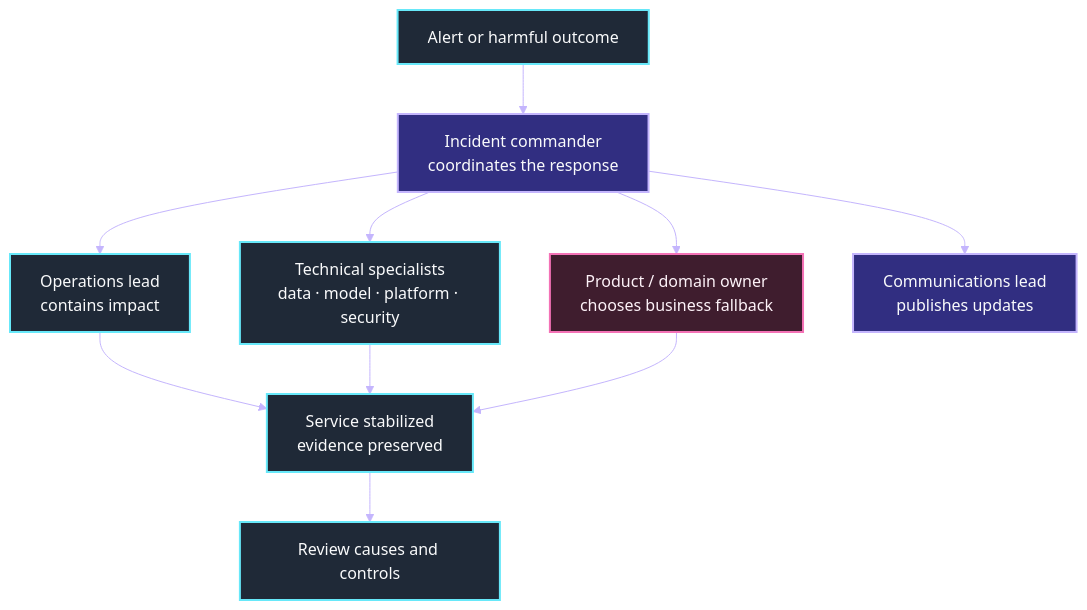
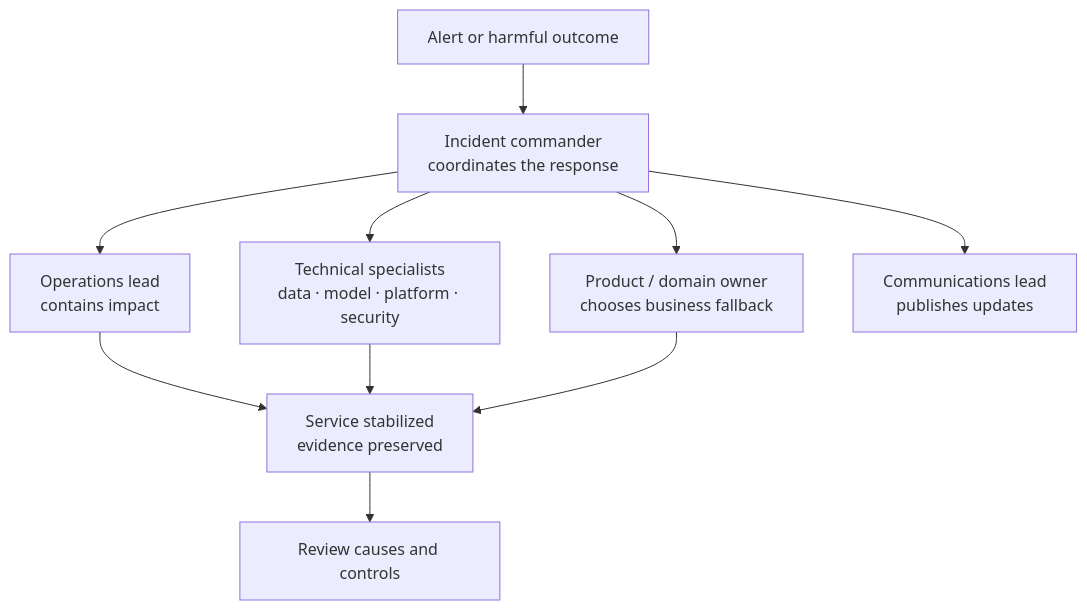
One commit to senlinyy/dev-roadmaps changed the second of 2 diagrams in roadmaps/mlops/modules/mlops-foundations/teams-and-workflow/01-mlops-roles.md. Above: the diagram before and after it, drawn with Mermaid. The commit also changed other lines of this file and 152 other files, not shown here.

Commit message:
feat: mlops and diagrams updated

````diff
--- a/roadmaps/mlops/modules/mlops-foundations/teams-and-workflow/01-mlops-roles.md
+++ b/roadmaps/mlops/modules/mlops-foundations/teams-and-workflow/01-mlops-roles.md
@@ -194,22 +204,20 @@
 ```mermaid
-%%{init: {"theme": "base", "themeVariables": {"background": "#111827", "primaryColor": "#1f2937", "primaryTextColor": "#f9fafb", "primaryBorderColor": "#67e8f9", "lineColor": "#c4b5fd", "secondaryColor": "#312e81", "tertiaryColor": "#3f1d2e", "fontFamily": "Inter, sans-serif"}}}%%
+
 flowchart TB
     Alert["Alert or harmful outcome"]
     IC["Incident commander<br/>coordinates the response"]
     Ops["Operations lead<br/>contains impact"]
     Experts["Technical specialists<br/>data · model · platform · security"]
     Domain["Product / domain owner<br/>chooses business fallback"]
     Comms["Communications lead<br/>publishes updates"]
     Stable["Service stabilized<br/>evidence preserved"]
     Learn["Review causes and controls"]
 
     Alert --> IC
     IC --> Ops & Experts & Domain & Comms
     Ops & Experts & Domain --> Stable --> Learn
-    classDef command fill:#312e81,stroke:#c4b5fd,color:#f9fafb,stroke-width:2px
-    classDef action fill:#1f2937,stroke:#67e8f9,color:#f9fafb,stroke-width:2px
-    classDef business fill:#3f1d2e,stroke:#f472b6,color:#fdf2f8,stroke-width:2px
+
     class IC,Comms command
     class Alert,Ops,Experts,Stable,Learn action
     class Domain business
 ```
````
